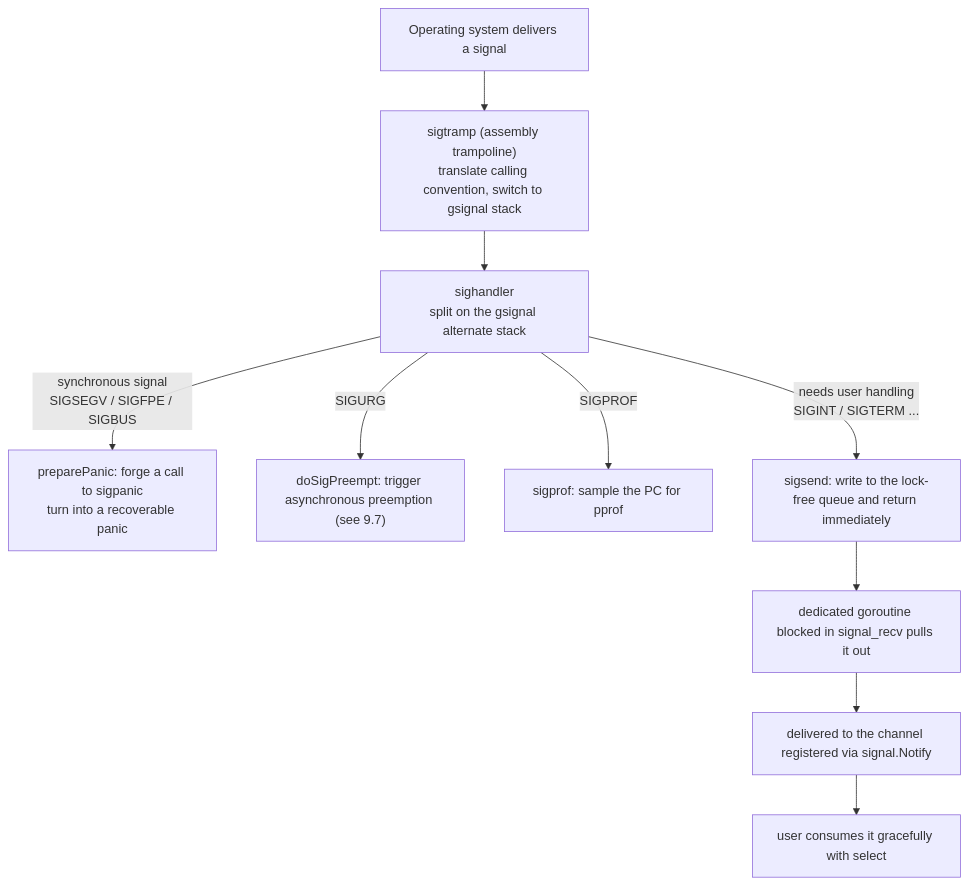
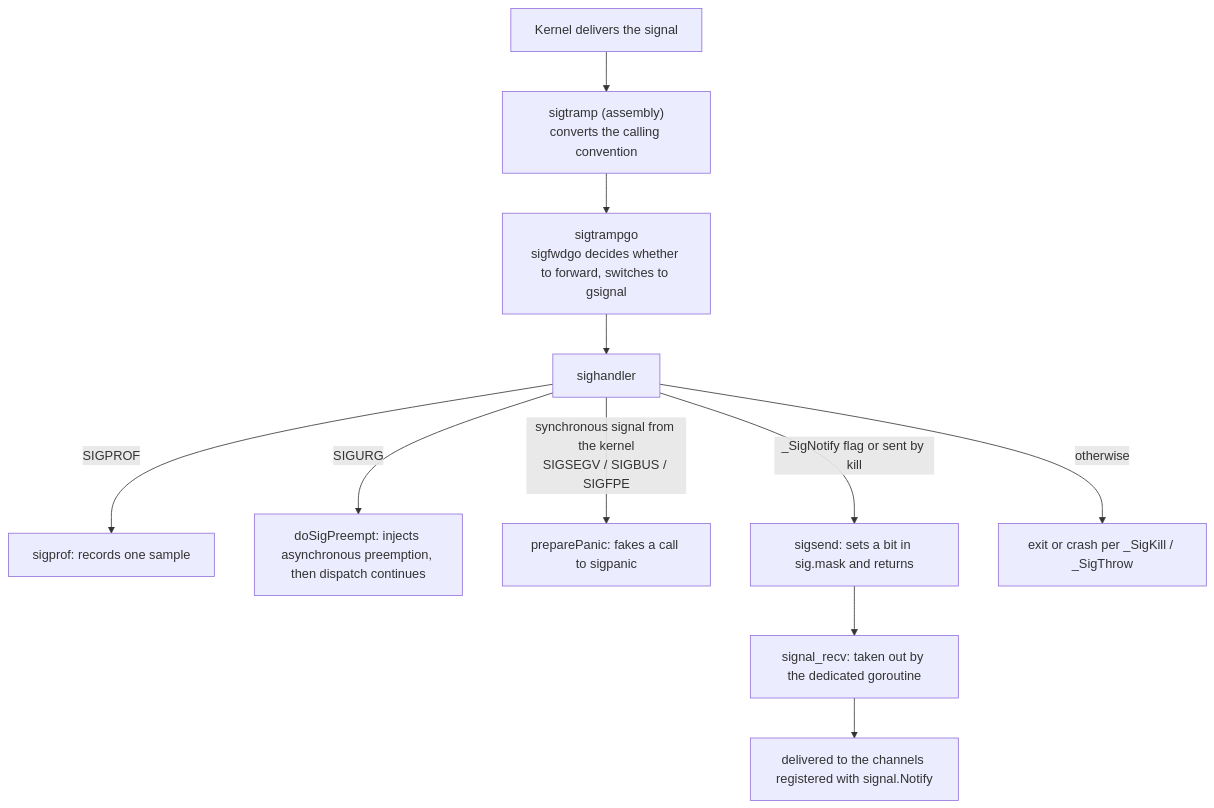
The diagram in book/en-us/part3concurrency/ch09sched/signal.md (golang-design/under-the-hood), drawn with Mermaid before and after one commit. The commit also changed other lines of this file and 30 other files, not shown here.

````diff
--- a/book/en-us/part3concurrency/ch09sched/signal.md
+++ b/book/en-us/part3concurrency/ch09sched/signal.md
@@ -112,12 +160,13 @@
 ```mermaid
 flowchart TD
-    OS[Operating system delivers a signal] --> TR["sigtramp (assembly trampoline)<br/>translate calling convention, switch to gsignal stack"]
-    TR --> SH["sighandler<br/>split on the gsignal alternate stack"]
-    SH -->|"synchronous signal<br/>SIGSEGV / SIGFPE / SIGBUS"| PANIC["preparePanic: forge a call to sigpanic<br/>turn into a recoverable panic"]
-    SH -->|SIGURG| PREE["doSigPreempt: trigger asynchronous preemption (see 9.7)"]
-    SH -->|SIGPROF| PROF["sigprof: sample the PC for pprof"]
-    SH -->|"needs user handling<br/>SIGINT / SIGTERM ..."| Q["sigsend: write to the lock-free queue and return immediately"]
-    Q --> SG["dedicated goroutine blocked in signal_recv pulls it out"]
-    SG --> CH["delivered to the channel registered via signal.Notify"]
-    CH --> USER["user consumes it gracefully with select"]
+    OS[Kernel delivers the signal] --> TR["sigtramp (assembly)<br/>converts the calling convention"]
+    TR --> TG["sigtrampgo<br/>sigfwdgo decides whether to forward, switches to gsignal"]
+    TG --> SH[sighandler]
+    SH -->|SIGPROF| PROF["sigprof: records one sample"]
+    SH -->|SIGURG| PREE["doSigPreempt: injects asynchronous preemption, then dispatch continues"]
+    SH -->|"synchronous signal from the kernel<br/>SIGSEGV / SIGBUS / SIGFPE"| PANIC["preparePanic: fakes a call to sigpanic"]
+    SH -->|"_SigNotify flag or sent by kill"| Q["sigsend: sets a bit in sig.mask and returns"]
+    SH -->|otherwise| DIE["exit or crash per _SigKill / _SigThrow"]
+    Q --> RECV["signal_recv: taken out by the dedicated goroutine"]
+    RECV --> CH["delivered to the channels registered with signal.Notify"]
 ```
````
